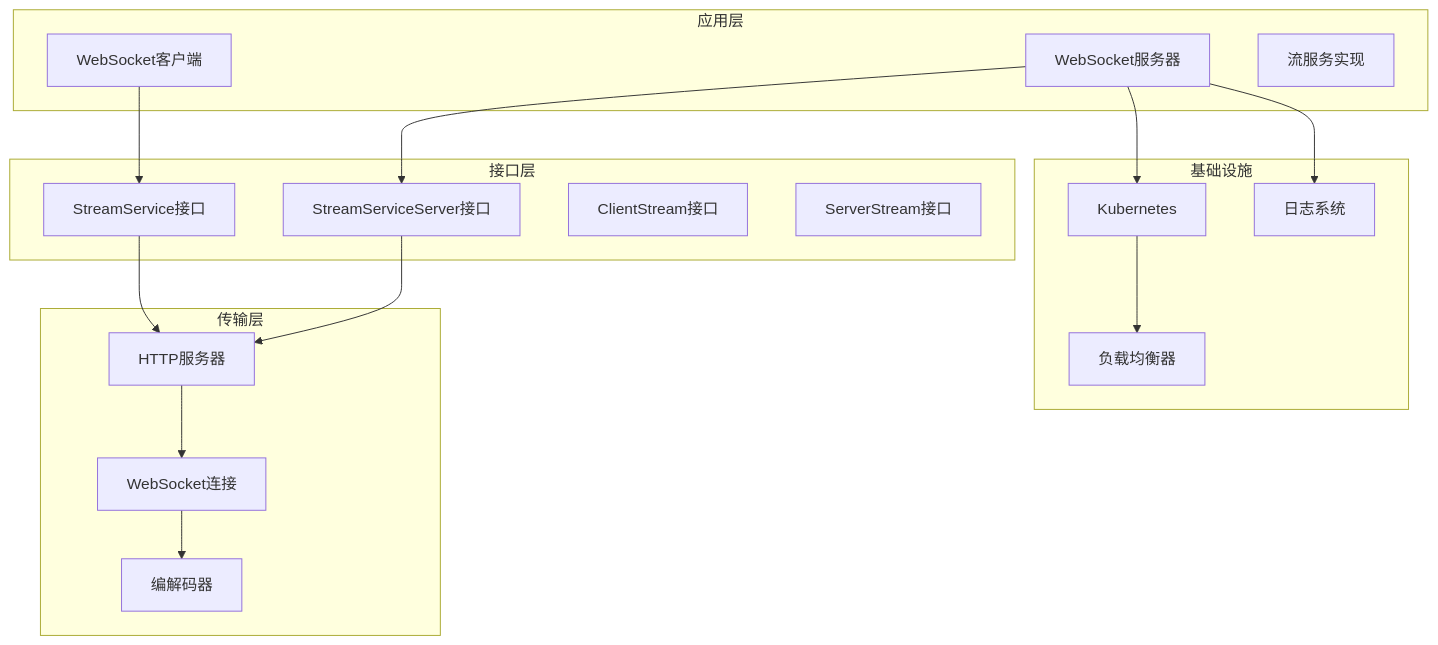
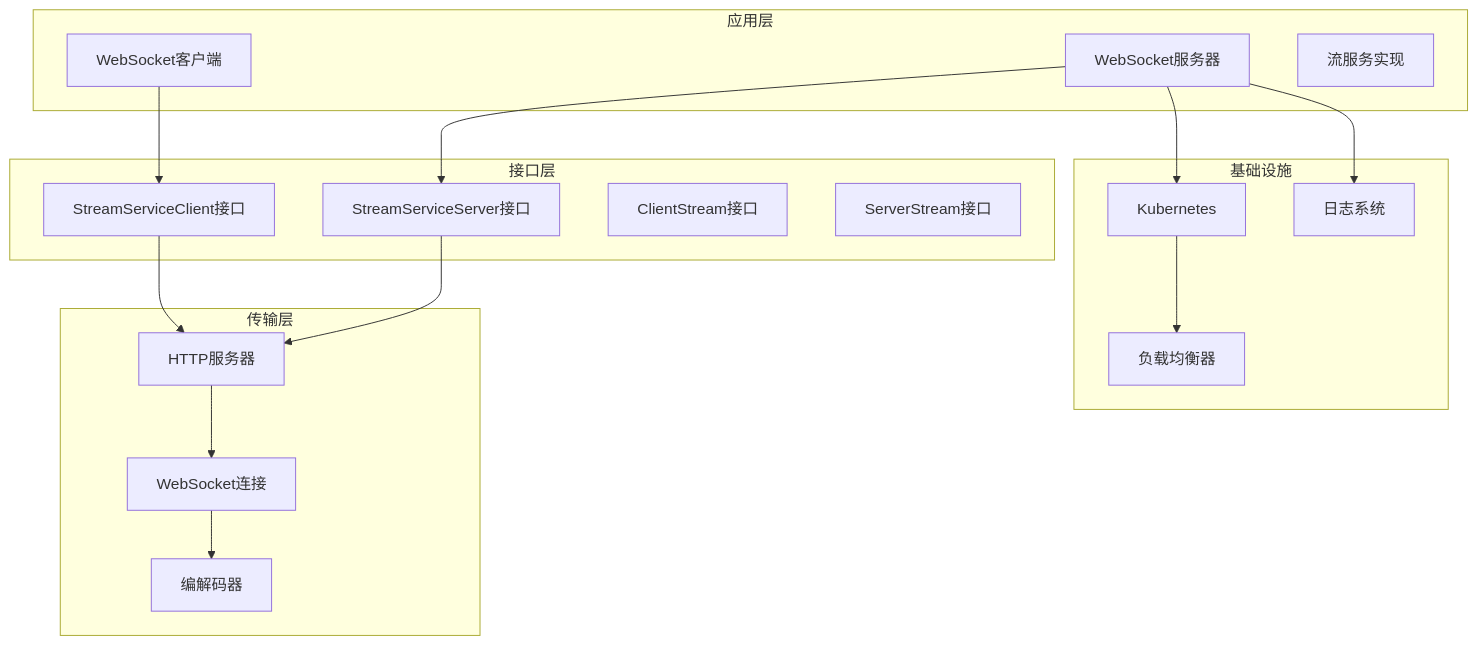
The fifth of 15 diagrams in .agents/repowiki/zh/content/示例和最佳实践/WebSocket流式系统.md (soyacen/goose), drawn with Mermaid before and after one commit. The commit also changed other lines of this file and 4 other files, not shown here.

First line of the commit message:
Refactor stream service code: simplify request/response types and separate interfaces

````diff
--- a/.agents/repowiki/zh/content/示例和最佳实践/WebSocket流式系统.md
+++ b/.agents/repowiki/zh/content/示例和最佳实践/WebSocket流式系统.md
@@ -243,33 +242,33 @@
 ```mermaid
 graph TB
 subgraph "应用层"
 Client[WebSocket客户端]
 Server[WebSocket服务器]
 Service[流服务实现]
 end
 subgraph "接口层"
-StreamService[StreamService接口]
+StreamServiceClient[StreamServiceClient接口]
 StreamServiceServer[StreamServiceServer接口]
 ClientStream[ClientStream接口]
 ServerStream[ServerStream接口]
 end
 subgraph "传输层"
 HTTP[HTTP服务器]
 WS[WebSocket连接]
 Codec[编解码器]
 end
 subgraph "基础设施"
 K8s[Kubernetes]
 LB[负载均衡器]
 Log[日志系统]
 end
-Client --> StreamService
+Client --> StreamServiceClient
 Server --> StreamServiceServer
-StreamService --> HTTP
+StreamServiceClient --> HTTP
 StreamServiceServer --> HTTP
 HTTP --> WS
 WS --> Codec
 Server --> K8s
 K8s --> LB
 Server --> Log
 ```
````
